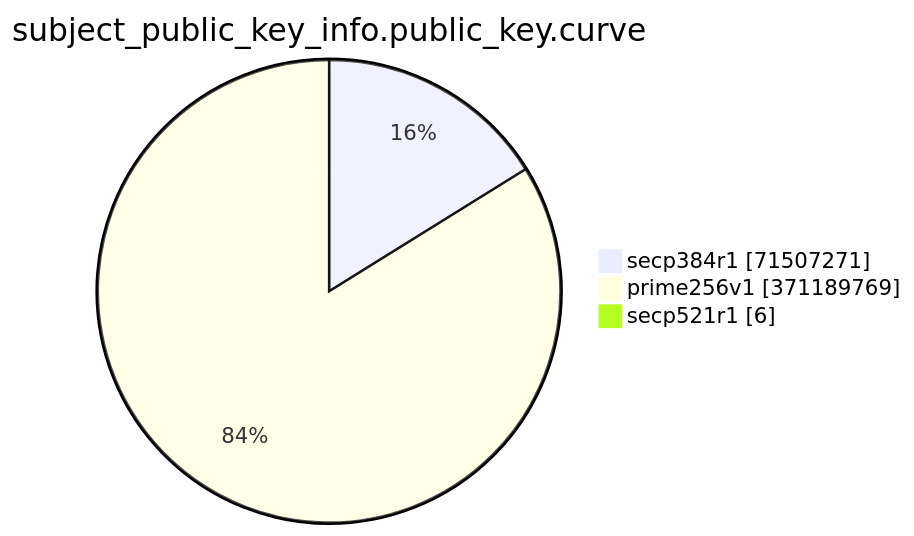
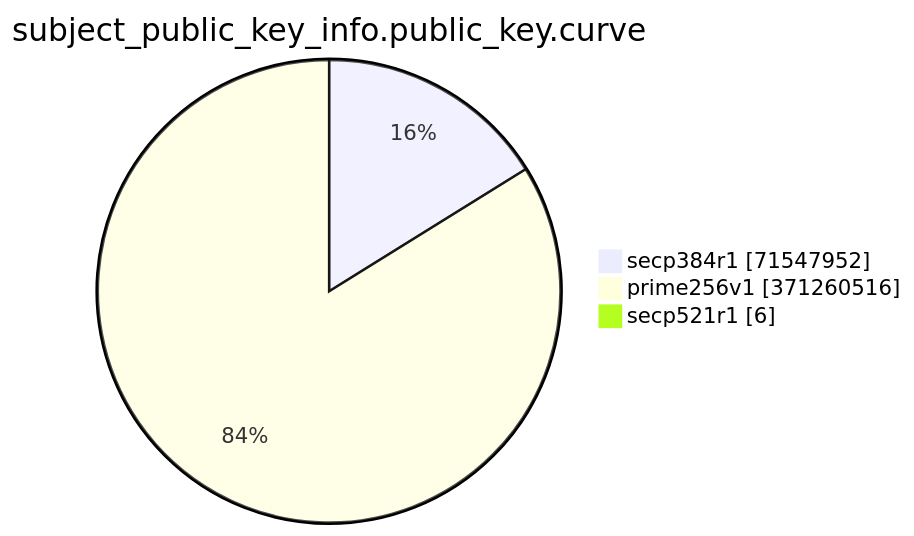
One commit to christiankrug/ctmonitor_visualization changed the eighth of 15 diagrams in TOTAL/README.md. Above: the diagram before and after it, drawn with Mermaid. The commit also changed other lines of this file, not shown here.

````diff
--- a/TOTAL/README.md
+++ b/TOTAL/README.md
@@ -3094,7 +3094,7 @@
 ```mermaid
 pie showData
 title subject_public_key_info.public_key.curve
-"secp384r1" :71507271
-"prime256v1" :371189769
+"secp384r1" :71547952
+"prime256v1" :371260516
 "secp521r1" :6
 ```
````
